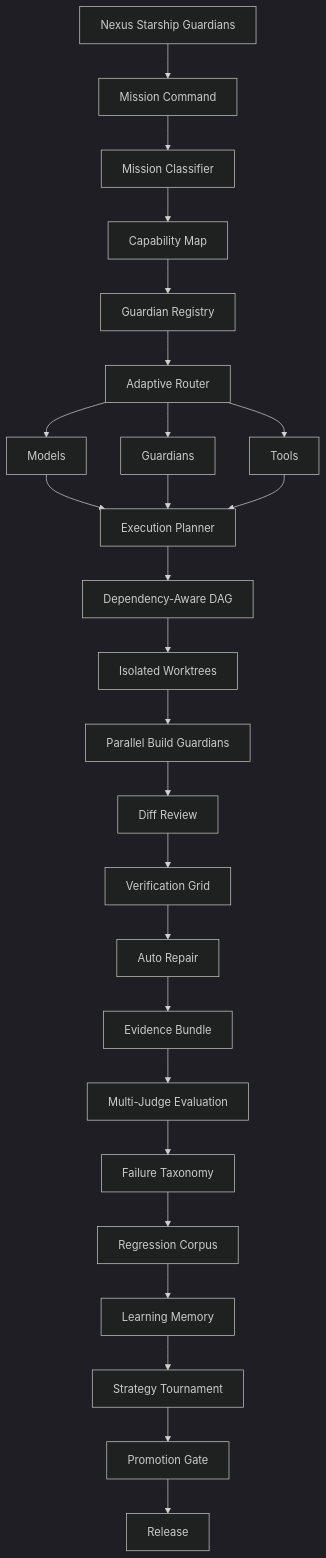
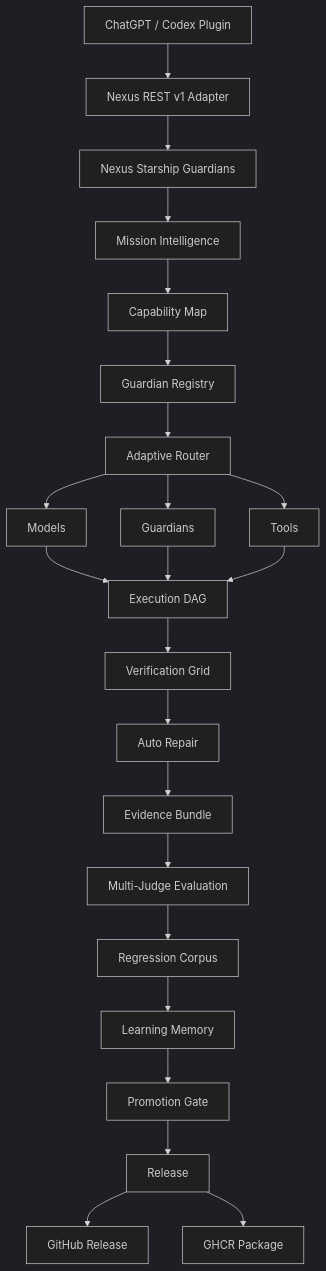
Before and after one commit to lois4801/NEXUS-Starship-Guardians: the diagram in README.md, drawn with Mermaid (dark theme). The commit also changed other lines of this file, not shown here.

Commit message:
docs: make Current State Graph and releases first-class README content

````diff
--- a/README.md
+++ b/README.md
@@ -36,28 +52,26 @@
 ```mermaid
 flowchart TD
-    A[Nexus Starship Guardians] --> B[Mission Command]
-    B --> C[Mission Classifier]
-    C --> D[Capability Map]
-    D --> E[Guardian Registry]
-    E --> F[Adaptive Router]
-    F --> G[Models]
-    F --> H[Guardians]
-    F --> I[Tools]
-    G --> J[Execution Planner]
-    H --> J
-    I --> J
-    J --> K[Dependency-Aware DAG]
-    K --> L[Isolated Worktrees]
-    L --> M[Parallel Build Guardians]
-    M --> N[Diff Review]
-    N --> O[Verification Grid]
-    O --> P[Auto Repair]
-    P --> Q[Evidence Bundle]
-    Q --> R[Multi-Judge Evaluation]
-    R --> S[Failure Taxonomy]
-    S --> T[Regression Corpus]
-    T --> U[Learning Memory]
-    U --> V[Strategy Tournament]
-    V --> W[Promotion Gate]
-    W --> X[Release]
+    A[Nexus Starship Guardians] --> B[Mission Intelligence]
+    B --> C[Capability Map]
+    C --> D[Guardian Registry]
+    D --> E[Adaptive Router]
+    E --> F[Models]
+    E --> G[Guardians]
+    E --> H[Tools]
+    F --> I[Execution DAG]
+    G --> I
+    H --> I
+    I --> J[Verification Grid]
+    J --> K[Auto Repair]
+    K --> L[Evidence Bundle]
+    L --> M[Multi-Judge Evaluation]
+    M --> N[Regression Corpus]
+    N --> O[Learning Memory]
+    O --> P[Promotion Gate]
+    P --> Q[Release]
+
+    R[ChatGPT / Codex Plugin] --> S[Nexus REST v1 Adapter]
+    S --> A
+    Q --> T[GitHub Release]
+    Q --> U[GHCR Package]
 ```
````
